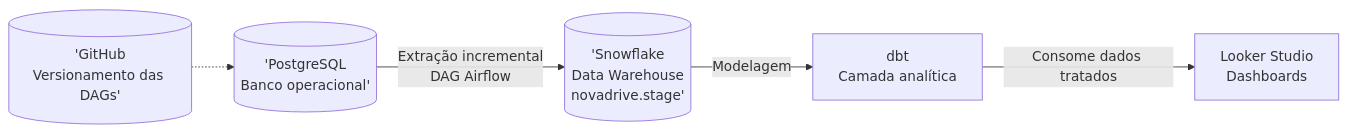
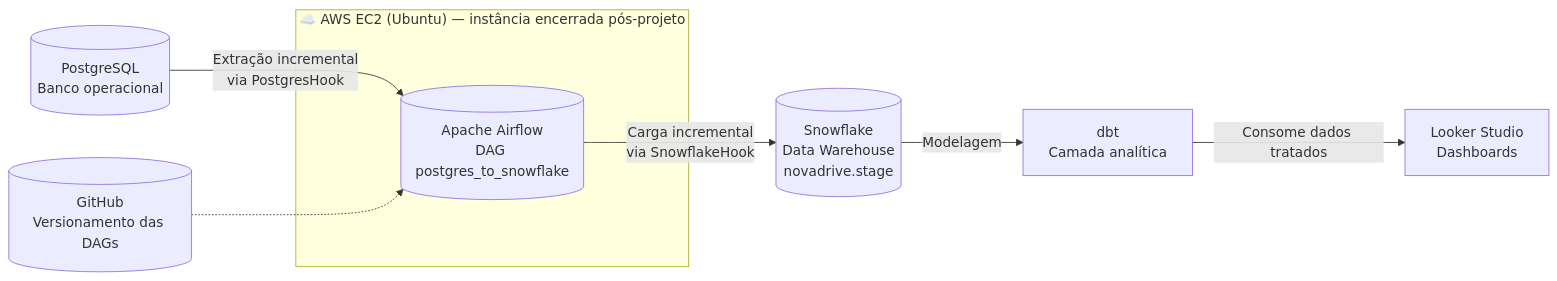
The first of 2 diagrams in README.md (vitordavips/drive-motors-data-pipeline), drawn with Mermaid before and after one commit. The commit also changed other lines of this file and 1 other file, not shown here.

````diff
--- a/README.md
+++ b/README.md
@@ -25,7 +26,11 @@
 ```mermaid
 flowchart LR
-    A[('PostgreSQL<br>Banco operacional')] -->|Extração incremental<br>DAG Airflow| B[('Snowflake<br>Data Warehouse<br>novadrive.stage')]
+    subgraph AWS["☁️ AWS EC2 (Ubuntu) — instância encerrada pós-projeto"]
+        O[("Apache Airflow<br>DAG postgres_to_snowflake")]
+    end
+    A[("PostgreSQL<br>Banco operacional")] -->|Extração incremental<br>via PostgresHook| O
+    O -->|Carga incremental<br>via SnowflakeHook| B[("Snowflake<br>Data Warehouse<br>novadrive.stage")]
     B -->|Modelagem| C[dbt<br>Camada analítica]
     C -->|Consome dados tratados| D[Looker Studio<br>Dashboards]
-    E[('GitHub<br>Versionamento das DAGs')] -.-> A
+    E[("GitHub<br>Versionamento das DAGs")] -.-> O
 ```
````
